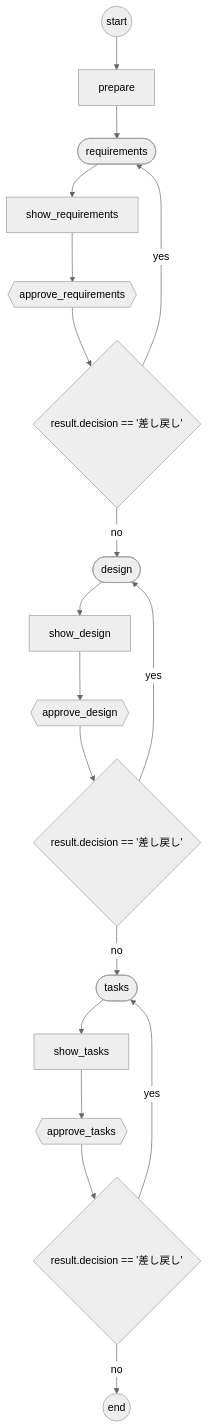
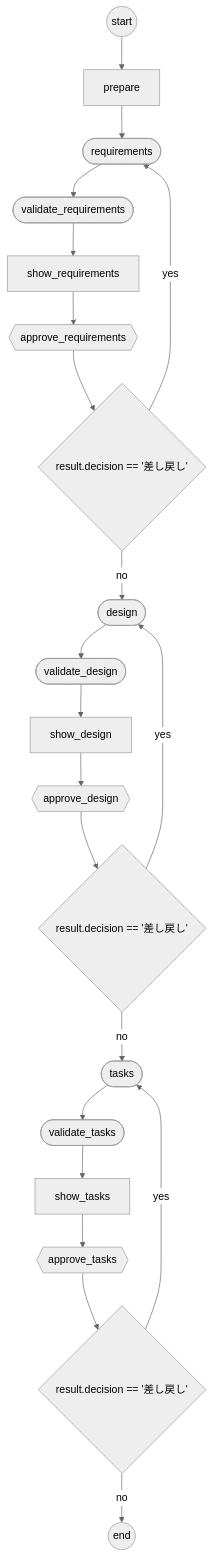
Before and after one commit to schrosis/aitw: the diagram in .ugoke/workflows/plan.md, drawn with Mermaid (neutral theme). The commit also changed 19 other files, not shown here.

````diff
--- a/.ugoke/workflows/plan.md
+++ b/.ugoke/workflows/plan.md
@@ -3,35 +3,41 @@
 ```mermaid
 flowchart TD
   start_(("start"))
   s_prepare["prepare"]
   s_requirements(["requirements"])
+  s_validate_requirements(["validate_requirements"])
   s_show_requirements["show_requirements"]
   s_approve_requirements{{"approve_requirements"}}
   d_approve_requirements_0{"result.decision == '差し戻し'"}
   s_design(["design"])
+  s_validate_design(["validate_design"])
   s_show_design["show_design"]
   s_approve_design{{"approve_design"}}
   d_approve_design_0{"result.decision == '差し戻し'"}
   s_tasks(["tasks"])
+  s_validate_tasks(["validate_tasks"])
   s_show_tasks["show_tasks"]
   s_approve_tasks{{"approve_tasks"}}
   d_approve_tasks_0{"result.decision == '差し戻し'"}
   end_(("end"))
   start_ --> s_prepare
   s_prepare --> s_requirements
-  s_requirements --> s_show_requirements
+  s_requirements --> s_validate_requirements
+  s_validate_requirements --> s_show_requirements
   s_show_requirements --> s_approve_requirements
   s_approve_requirements --> d_approve_requirements_0
   d_approve_requirements_0 -->|"yes"| s_requirements
   d_approve_requirements_0 -->|"no"| s_design
-  s_design --> s_show_design
+  s_design --> s_validate_design
+  s_validate_design --> s_show_design
   s_show_design --> s_approve_design
   s_approve_design --> d_approve_design_0
   d_approve_design_0 -->|"yes"| s_design
   d_approve_design_0 -->|"no"| s_tasks
-  s_tasks --> s_show_tasks
+  s_tasks --> s_validate_tasks
+  s_validate_tasks --> s_show_tasks
   s_show_tasks --> s_approve_tasks
   s_approve_tasks --> d_approve_tasks_0
   d_approve_tasks_0 -->|"yes"| s_tasks
   d_approve_tasks_0 -->|"no"| end_
 ```
````
